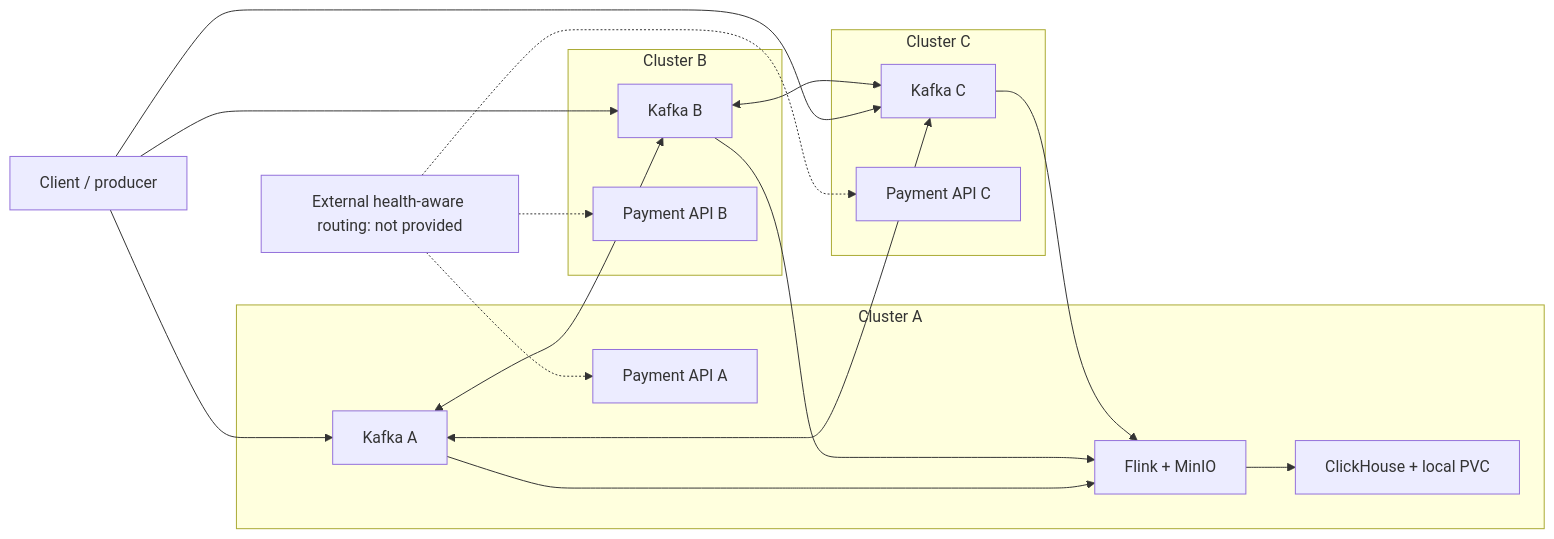
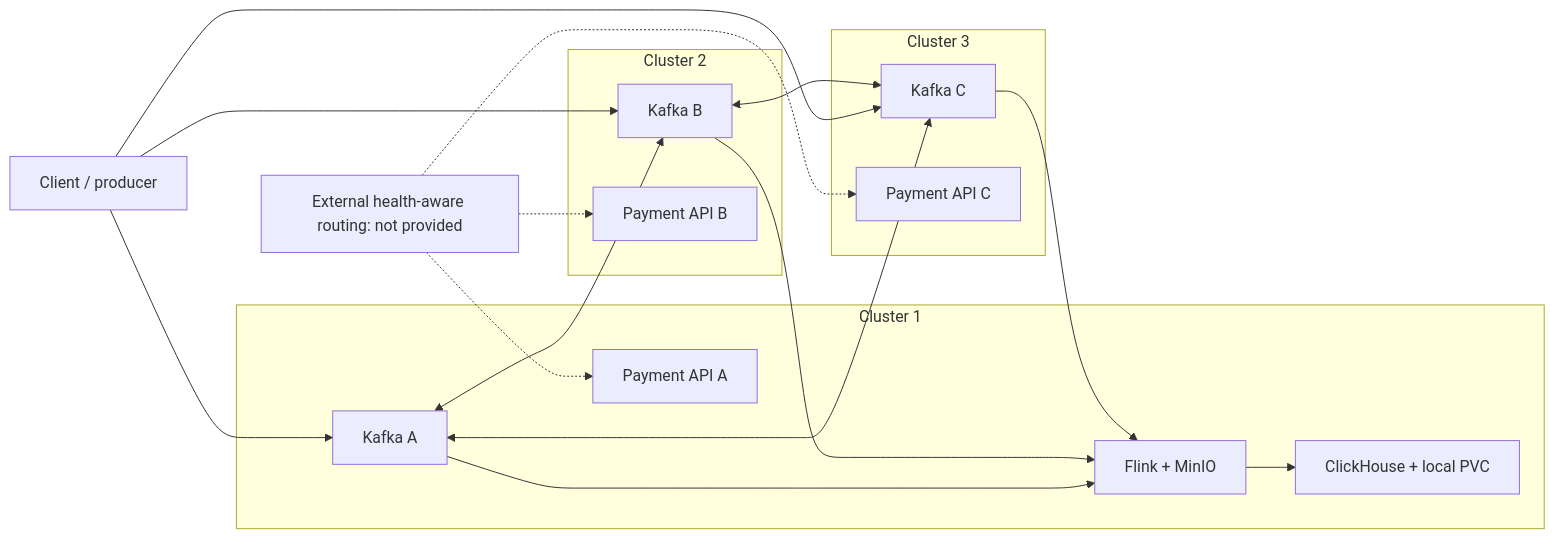
Before and after one commit to varunpathania86/realtime-payment-platform: the diagram in docs/runbooks/realtime-analytics.md, drawn with Mermaid. The commit also changed other lines of this file and 198 other files, not shown here.

````diff
--- a/docs/runbooks/realtime-analytics.md
+++ b/docs/runbooks/realtime-analytics.md
@@ -99,31 +99,31 @@
 ```mermaid
 flowchart LR
     Client["Client / producer"]
-    subgraph A["Cluster A"]
+    subgraph A["Cluster 1"]
         KA["Kafka A"]
         FA["Flink + MinIO"]
         CH["ClickHouse + local PVC"]
         PA["Payment API A"]
     end
-    subgraph B["Cluster B"]
+    subgraph B["Cluster 2"]
         KB["Kafka B"]
         PB["Payment API B"]
     end
-    subgraph C["Cluster C"]
+    subgraph C["Cluster 3"]
         KC["Kafka C"]
         PC["Payment API C"]
     end
     Client --> KA
     Client --> KB
     Client --> KC
     KA <--> KB
     KB <--> KC
     KC <--> KA
     KA --> FA
     KB --> FA
     KC --> FA
     FA --> CH
     Routing["External health-aware routing: not provided"] -.-> PA
     Routing -.-> PB
     Routing -.-> PC
 ```
````
